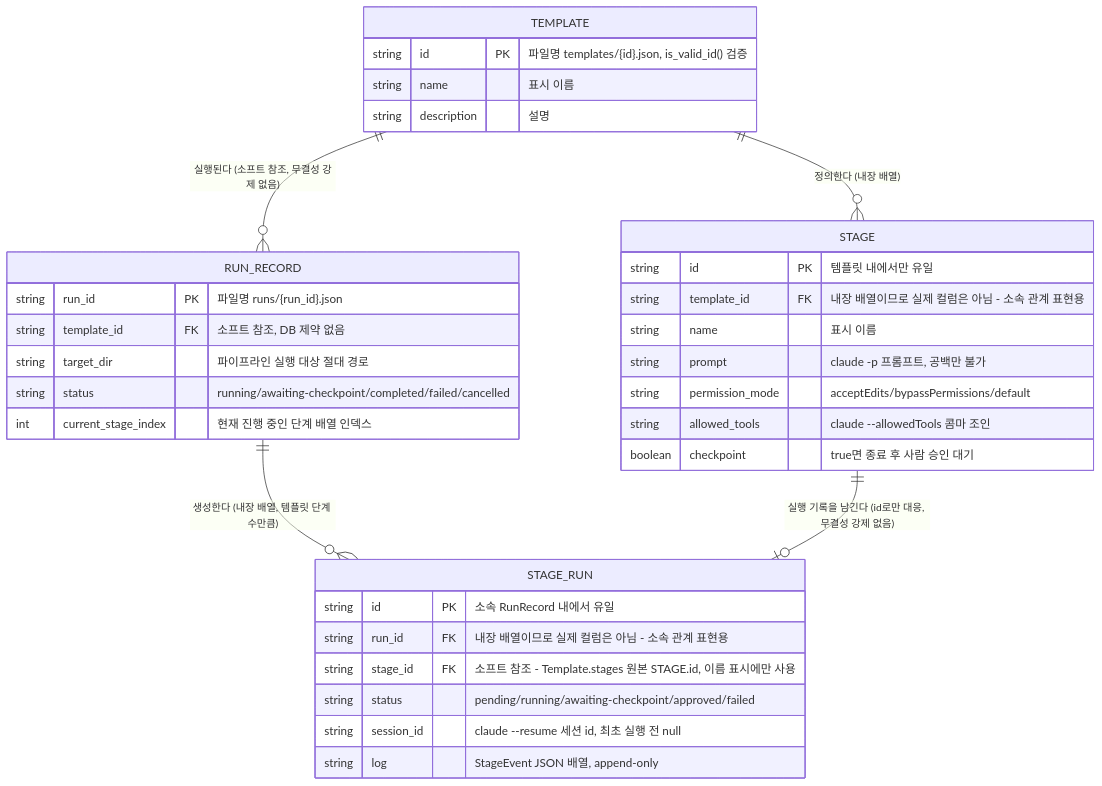
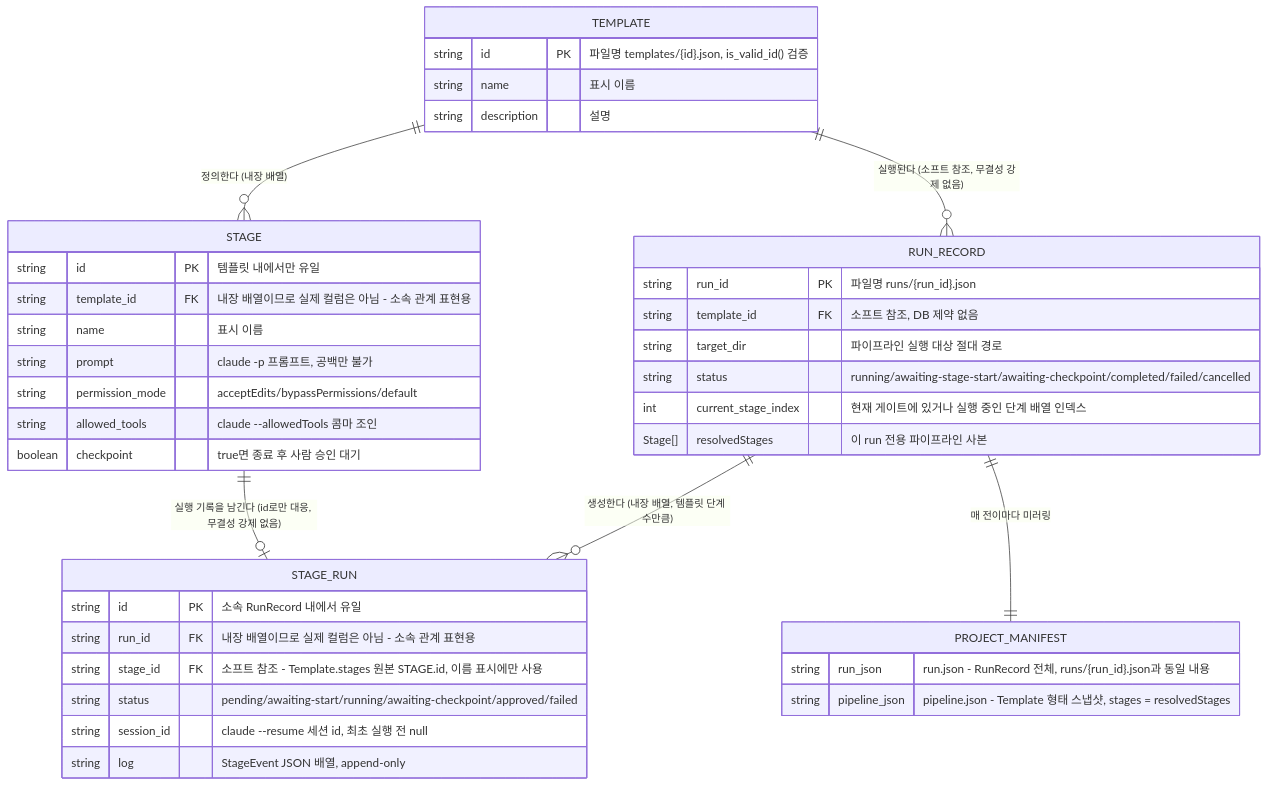
Before and after one commit to suhwanju-ai/ClaudeCodeWizard: the diagram in documents/er-diagram.md, drawn with Mermaid. The commit also changed other lines of this file and 9 other files, not shown here.

````diff
--- a/documents/er-diagram.md
+++ b/documents/er-diagram.md
@@ -10,40 +10,47 @@
 ```mermaid
 erDiagram
     TEMPLATE {
         string id PK "파일명 templates/{id}.json, is_valid_id() 검증"
         string name "표시 이름"
         string description "설명"
     }
 
     STAGE {
         string id PK "템플릿 내에서만 유일"
         string template_id FK "내장 배열이므로 실제 컬럼은 아님 - 소속 관계 표현용"
         string name "표시 이름"
         string prompt "claude -p 프롬프트, 공백만 불가"
         string permission_mode "acceptEdits/bypassPermissions/default"
         string allowed_tools "claude --allowedTools 콤마 조인"
         boolean checkpoint "true면 종료 후 사람 승인 대기"
     }
 
     RUN_RECORD {
         string run_id PK "파일명 runs/{run_id}.json"
         string template_id FK "소프트 참조, DB 제약 없음"
         string target_dir "파이프라인 실행 대상 절대 경로"
-        string status "running/awaiting-checkpoint/completed/failed/cancelled"
-        int current_stage_index "현재 진행 중인 단계 배열 인덱스"
+        string status "running/awaiting-stage-start/awaiting-checkpoint/completed/failed/cancelled"
+        int current_stage_index "현재 게이트에 있거나 실행 중인 단계 배열 인덱스"
+        Stage[] resolvedStages "이 run 전용 파이프라인 사본"
     }
 
     STAGE_RUN {
         string id PK "소속 RunRecord 내에서 유일"
         string run_id FK "내장 배열이므로 실제 컬럼은 아님 - 소속 관계 표현용"
         string stage_id FK "소프트 참조 - Template.stages 원본 STAGE.id, 이름 표시에만 사용"
-        string status "pending/running/awaiting-checkpoint/approved/failed"
+        string status "pending/awaiting-start/running/awaiting-checkpoint/approved/failed"
         string session_id "claude --resume 세션 id, 최초 실행 전 null"
         string log "StageEvent JSON 배열, append-only"
+    }
+
+    PROJECT_MANIFEST {
+        string run_json "run.json - RunRecord 전체, runs/{run_id}.json과 동일 내용"
+        string pipeline_json "pipeline.json - Template 형태 스냅샷, stages = resolvedStages"
     }
 
     TEMPLATE ||--o{ STAGE : "정의한다 (내장 배열)"
     RUN_RECORD ||--o{ STAGE_RUN : "생성한다 (내장 배열, 템플릿 단계 수만큼)"
     TEMPLATE ||--o{ RUN_RECORD : "실행된다 (소프트 참조, 무결성 강제 없음)"
     STAGE ||--o| STAGE_RUN : "실행 기록을 남긴다 (id로만 대응, 무결성 강제 없음)"
+    RUN_RECORD ||--|| PROJECT_MANIFEST : "매 전이마다 미러링"
 ```
````
